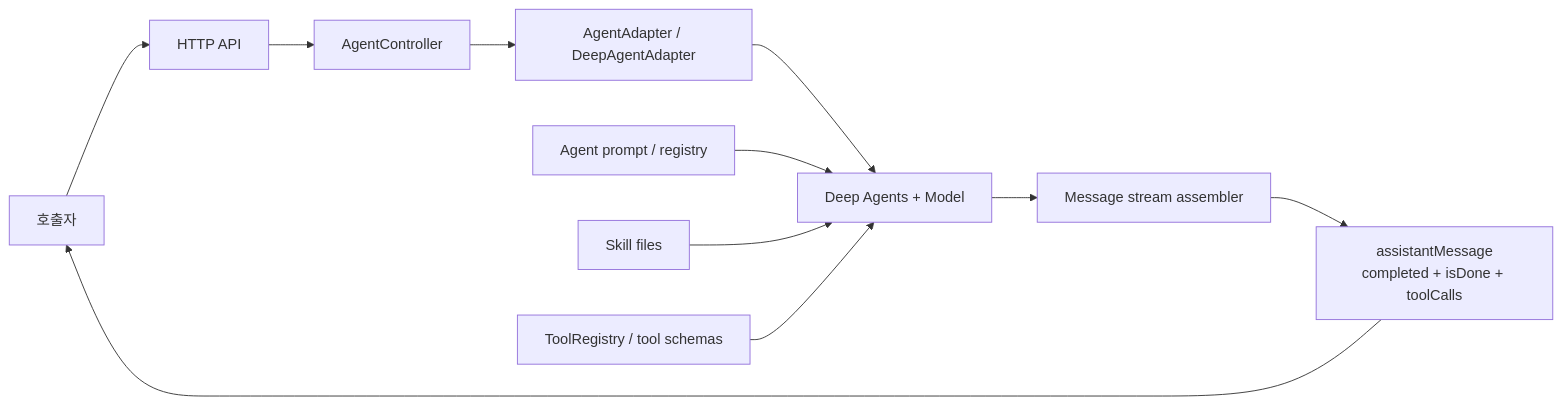
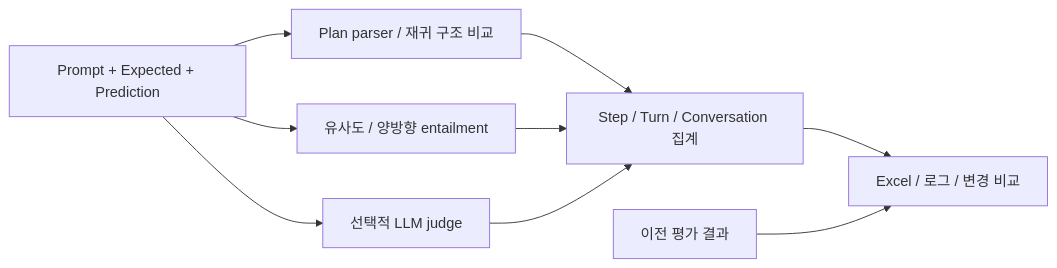
Before and after one commit to jwlee3746/jwlee3746.github.io: the third of 12 diagrams in docs/aic-evolution-and-evaluator.md, drawn with Mermaid. The commit also changed other lines of this file and 1 other file, not shown here.

````diff
--- a/docs/aic-evolution-and-evaluator.md
+++ b/docs/aic-evolution-and-evaluator.md
@@ -90,13 +92,11 @@
 ```mermaid
 flowchart LR
-    Client["호출자"] --> HTTP["HTTP API"]
-    HTTP --> Controller["AgentController"]
-    Controller --> Adapter["AgentAdapter / DeepAgentAdapter"]
-    Adapter --> Runtime["Deep Agents + Model"]
-    Agents["Agent prompt / registry"] --> Runtime
-    Skills["Skill files"] --> Runtime
-    Tools["ToolRegistry / tool schemas"] --> Runtime
-    Runtime --> Assembler["Message stream assembler"]
-    Assembler --> Events["assistantMessage<br/>completed + isDone + toolCalls"]
-    Events --> Client
+    Data["Prompt + Expected + Prediction"] --> Parse["Plan parser / 재귀 구조 비교"]
+    Data --> Semantic["유사도 / 양방향 entailment"]
+    Data --> Judge["선택적 LLM judge"]
+    Parse --> Aggregate["Step / Turn / Conversation 집계"]
+    Semantic --> Aggregate
+    Judge --> Aggregate
+    Aggregate --> Report["Excel / 로그 / 변경 비교"]
+    Old["이전 평가 결과"] --> Report
 ```
````
